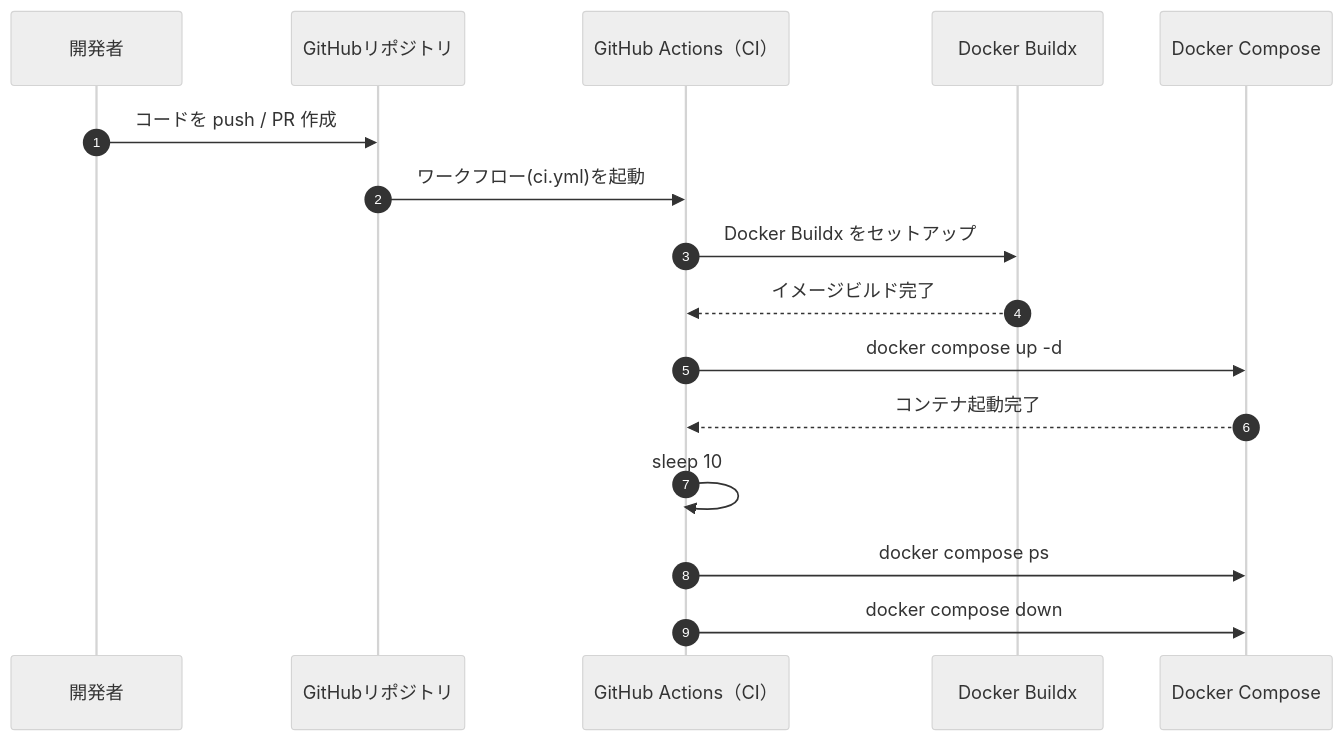
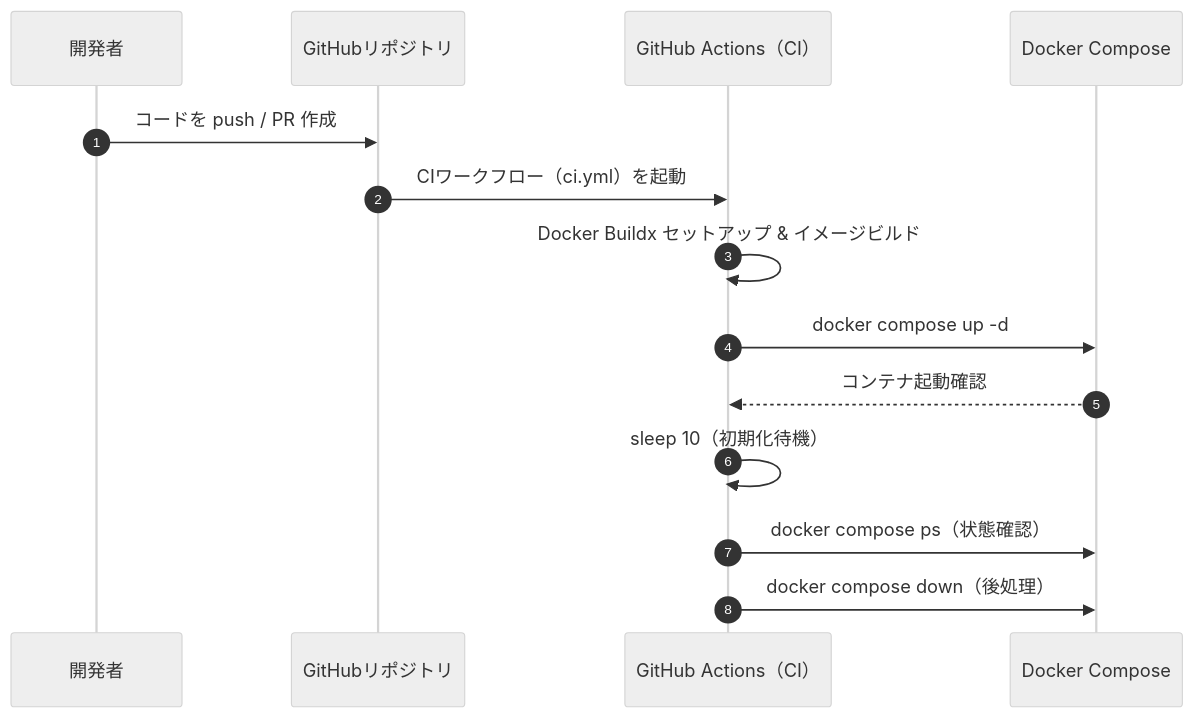
The fifth of 5 diagrams in README.md (BackendExplorer/Online-Chat-Service), drawn with Mermaid (neutral theme) before and after one commit. The commit also changed other lines of this file, not shown here.

````diff
--- a/README.md
+++ b/README.md
@@ -445,19 +434,17 @@
 ```mermaid
 sequenceDiagram
     autonumber
     participant Dev as 開発者
     participant GitHub as GitHubリポジトリ
     participant CI as GitHub Actions（CI）
-    participant Buildx as Docker Buildx
     participant Compose as Docker Compose
 
     Dev ->> GitHub: コードを push / PR 作成
-    GitHub ->> CI: ワークフロー(ci.yml)を起動
-    CI ->> Buildx: Docker Buildx をセットアップ
-    Buildx -->> CI: イメージビルド完了
+    GitHub ->> CI: CIワークフロー（ci.yml）を起動
+    CI ->> CI: Docker Buildx セットアップ & イメージビルド
     CI ->> Compose: docker compose up -d
-    Compose -->> CI: コンテナ起動完了
-    CI ->> CI: sleep 10
-    CI ->> Compose: docker compose ps
-    CI ->> Compose: docker compose down
+    Compose -->> CI: コンテナ起動確認
+    CI ->> CI: sleep 10（初期化待機）
+    CI ->> Compose: docker compose ps（状態確認）
+    CI ->> Compose: docker compose down（後処理）
 ```
````
